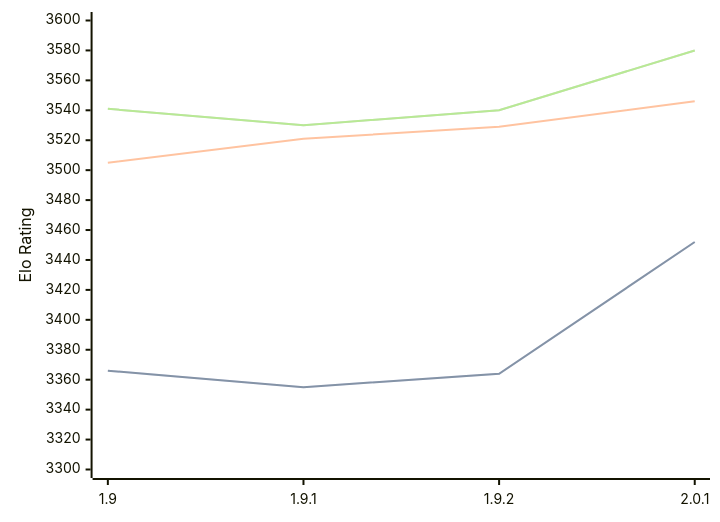
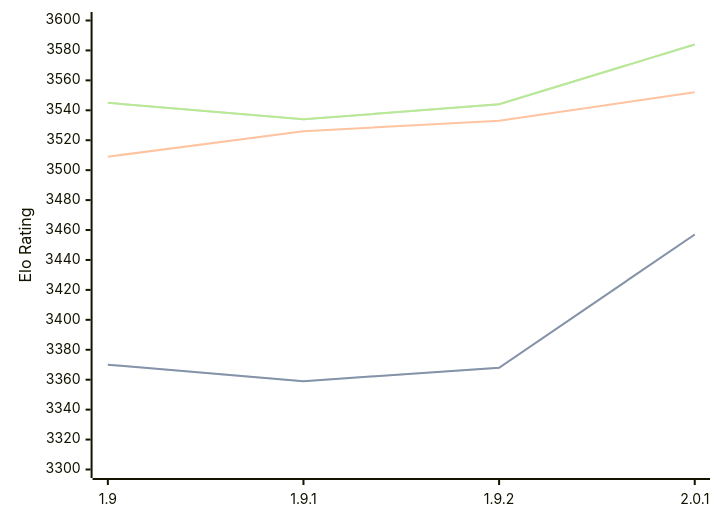
One commit to computer-chess-index/cci changed the diagram in engines/Pawnocchio.md. Above: the diagram before and after it, drawn with Mermaid. The commit also changed other lines of this file, not shown here.

Commit message:
Update CCI Ratings (ELO VLTC) - 2026-08-18

````diff
--- a/engines/Pawnocchio.md
+++ b/engines/Pawnocchio.md
@@ -36,11 +36,11 @@
 ```mermaid
 %%{init: {"theme":"base","themeVariables":{"seriesColors:['#a3a3a3','#222221','#faa371']}}}%%
 xychart-beta
   x-axis ["1.9", "1.9.1", "1.9.2", "2.0.1"]
   y-axis "Elo Rating" 3300 --> 3600
-  line "STC (8.0+0.08s)" [3366, 3355, 3364, 3452]
-  line "STC (8.0+0.08s)" [3366, 3355, 3364, 3452]
-  line "LTC (60.0+0.60s)" [3505, 3521, 3529, 3546]
-  line "VLTC (2m24s+1.12s)" [3541, 3530, 3540, 3580]
-  line "VLTC (2m24s+1.12s)" [3541, 3530, 3540, 3580]
+  line "STC (8.0+0.08s)" [3370, 3359, 3368, 3457]
+  line "STC (8.0+0.08s)" [3370, 3359, 3368, 3457]
+  line "LTC (60.0+0.60s)" [3509, 3526, 3533, 3552]
+  line "VLTC (2m24s+1.12s)" [3545, 3534, 3544, 3584]
+  line "VLTC (2m24s+1.12s)" [3545, 3534, 3544, 3584]
 ```
````
